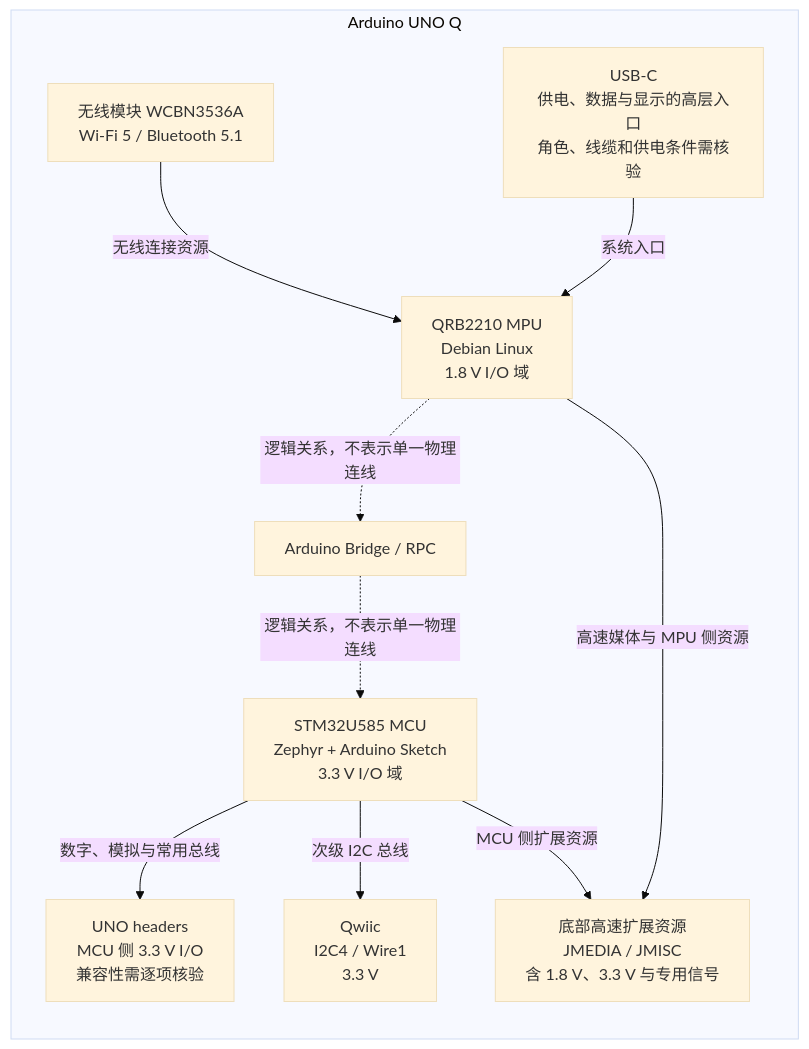
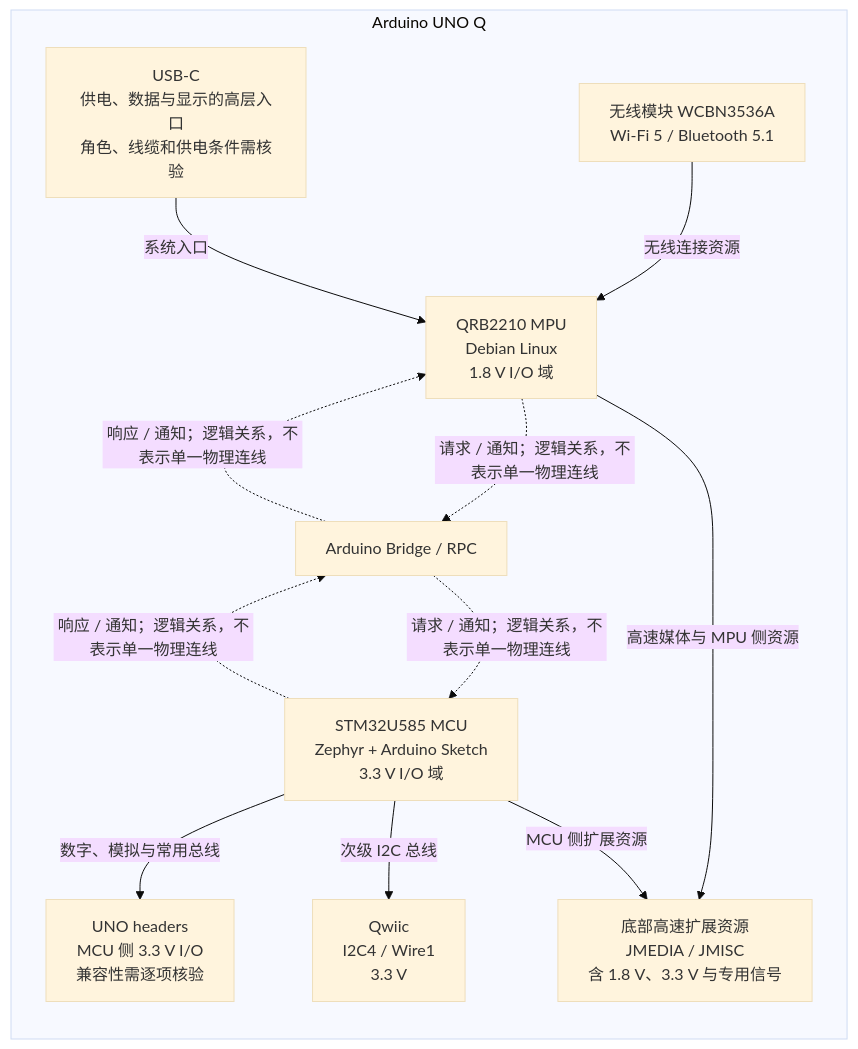
The diagram in book/第1篇_认识UNOQ/第3章_UNO_Q的硬件架构.md (zhaojinping/arduino-uno-q-deep-development-learning-roadmap), drawn with Mermaid (base theme) before and after one commit. The commit also changed other lines of this file and 2 other files, not shown here.

````diff
--- a/book/第1篇_认识UNOQ/第3章_UNO_Q的硬件架构.md
+++ b/book/第1篇_认识UNOQ/第3章_UNO_Q的硬件架构.md
@@ -91,22 +91,24 @@
 ```mermaid
 flowchart LR
     subgraph UNOQ[Arduino UNO Q]
         MPU[QRB2210 MPU\nDebian Linux\n1.8 V I/O 域]
         BRIDGE[Arduino Bridge / RPC]
         MCU[STM32U585 MCU\nZephyr + Arduino Sketch\n3.3 V I/O 域]
         WIRELESS[无线模块 WCBN3536A\nWi-Fi 5 / Bluetooth 5.1]
         USBC[USB-C\n供电、数据与显示的高层入口\n角色、线缆和供电条件需核验]
         UNO_HEADERS[UNO headers\nMCU 侧 3.3 V I/O\n兼容性需逐项核验]
         QWIIC[Qwiic\nI2C4 / Wire1\n3.3 V]
         BOTTOM[底部高速扩展资源\nJMEDIA / JMISC\n含 1.8 V、3.3 V 与专用信号]
 
-        MPU -.->|逻辑关系，不表示单一物理连线| BRIDGE
-        BRIDGE -.->|逻辑关系，不表示单一物理连线| MCU
+        MPU -.->|请求 / 通知；逻辑关系，不表示单一物理连线| BRIDGE
+        BRIDGE -.->|响应 / 通知；逻辑关系，不表示单一物理连线| MPU
+        BRIDGE -.->|请求 / 通知；逻辑关系，不表示单一物理连线| MCU
+        MCU -.->|响应 / 通知；逻辑关系，不表示单一物理连线| BRIDGE
         WIRELESS -->|无线连接资源| MPU
         USBC -->|系统入口| MPU
         MCU -->|数字、模拟与常用总线| UNO_HEADERS
         MCU -->|次级 I2C 总线| QWIIC
         MPU -->|高速媒体与 MPU 侧资源| BOTTOM
         MCU -->|MCU 侧扩展资源| BOTTOM
     end
 ```
````
